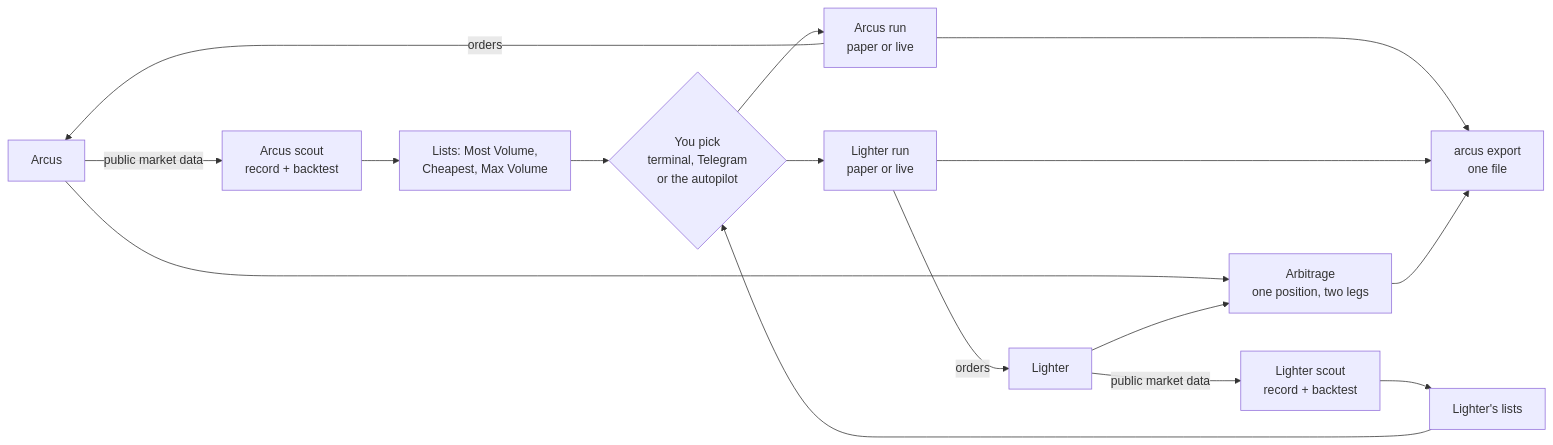
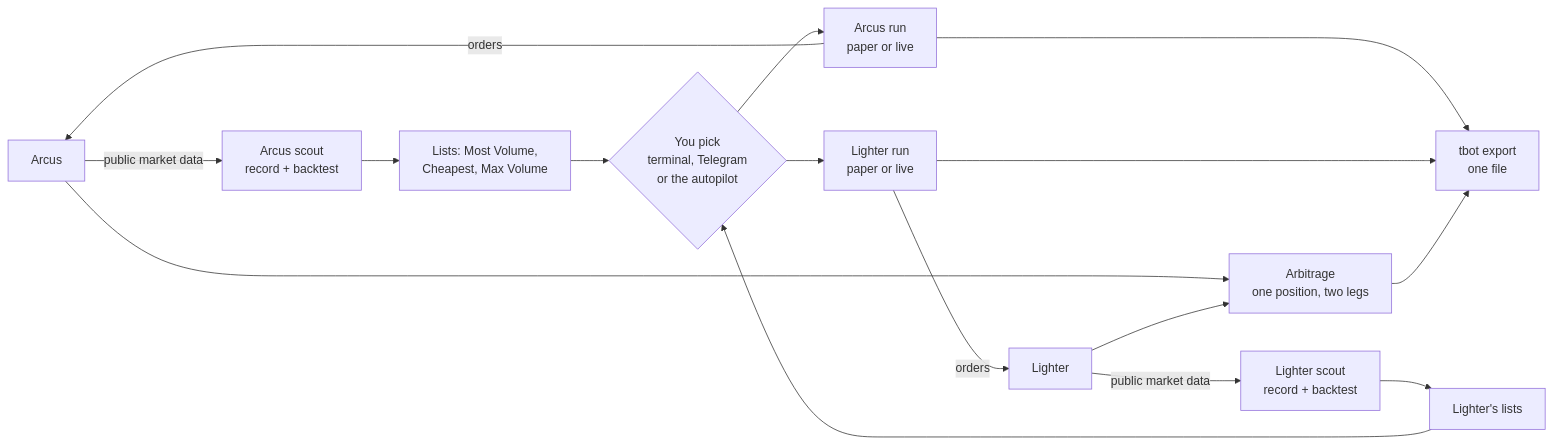
Before and after one commit to dhruvamity/treading-bot: the diagram in README.md, drawn with Mermaid. The commit also changed other lines of this file and 41 other files, not shown here.

````diff
--- a/README.md
+++ b/README.md
@@ -56,18 +72,18 @@
 ```mermaid
 flowchart LR
     AV[Arcus] -->|public market data| AS[Arcus scout<br/>record + backtest]
     LV[Lighter] -->|public market data| LS[Lighter scout<br/>record + backtest]
     AS --> AL[Lists: Most Volume,<br/>Cheapest, Max Volume]
     LS --> LL[Lighter's lists]
     AL --> YOU{You pick<br/>terminal, Telegram<br/>or the autopilot}
     LL --> YOU
     YOU --> AR[Arcus run<br/>paper or live]
     YOU --> LR[Lighter run<br/>paper or live]
     AR -->|orders| AV
     LR -->|orders| LV
     AV --> ARB[Arbitrage<br/>one position, two legs]
     LV --> ARB
-    AR --> EX[arcus export<br/>one file]
+    AR --> EX[tbot export<br/>one file]
     LR --> EX
     ARB --> EX
 ```
````
